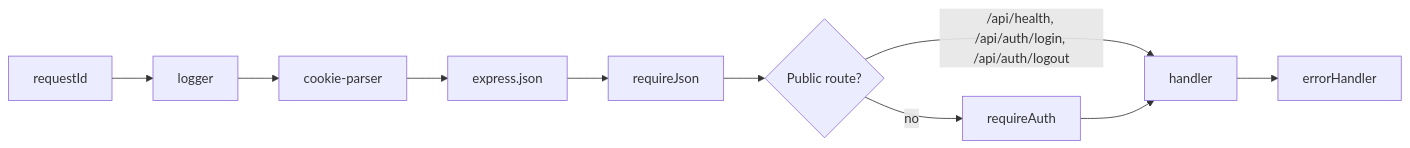
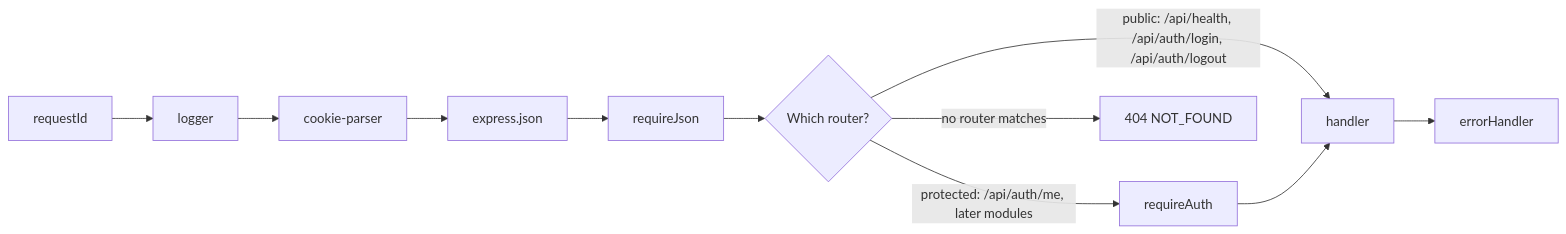
One commit to RITA-CHANN/qa-work-management changed the first of 2 diagrams in docs/design/detail/logic/DD-AUTH-02-api-guards.md. Above: the diagram before and after it, drawn with Mermaid. The commit also changed other lines of this file and 48 other files, not shown here.

First line of the commit message:
feat(auth): Phase 2 login, logout, sessions and protected pages

````diff
--- a/docs/design/detail/logic/DD-AUTH-02-api-guards.md
+++ b/docs/design/detail/logic/DD-AUTH-02-api-guards.md
@@ -23,8 +23,9 @@
 ```mermaid
 flowchart LR
     RID[requestId] --> LOG[logger] --> CP[cookie-parser] --> J[express.json] --> RJ[requireJson]
-    RJ --> PUB{Public route?}
-    PUB -- "/api/health, /api/auth/login, /api/auth/logout" --> H[handler]
-    PUB -- no --> RA[requireAuth] --> H
+    RJ --> PUB{Which router?}
+    PUB -- "public: /api/health, /api/auth/login, /api/auth/logout" --> H[handler]
+    PUB -- "protected: /api/auth/me, later modules" --> RA[requireAuth] --> H
+    PUB -- "no router matches" --> NF[404 NOT_FOUND]
     H --> EH[errorHandler]
 ```
````
